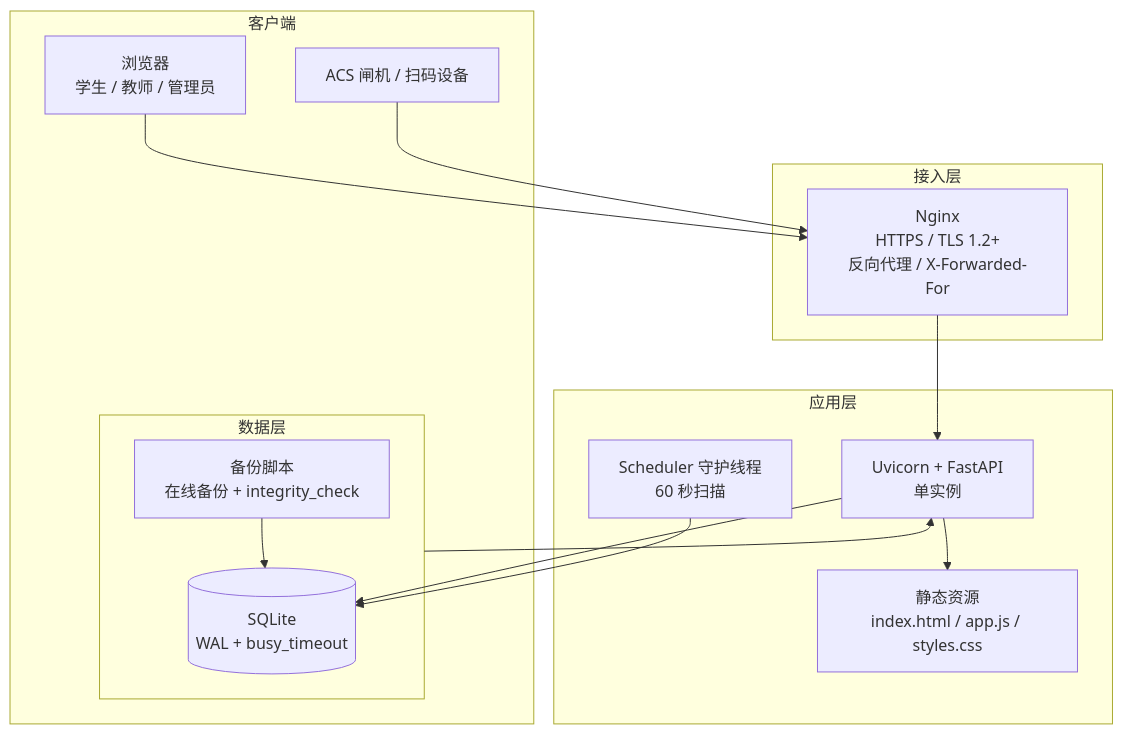
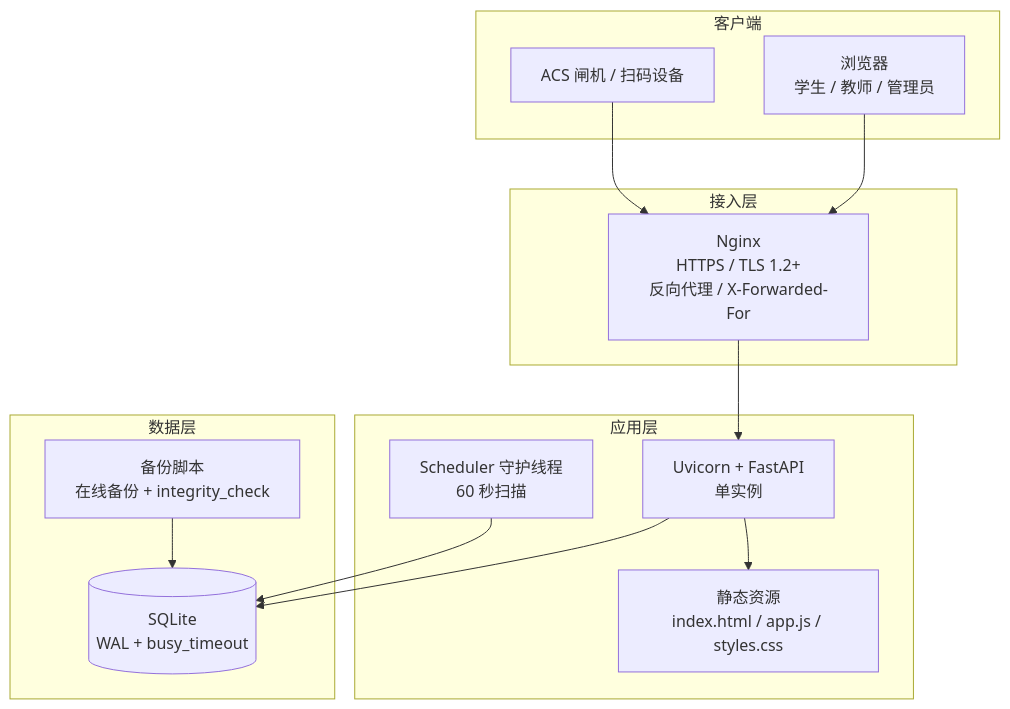
The eighth of 8 diagrams in docs/系统架构设计报告.md (gagachen51/seat_reservations), drawn with Mermaid before and after one commit. The commit also changed other lines of this file and 23 other files, not shown here.

````diff
--- a/docs/系统架构设计报告.md
+++ b/docs/系统架构设计报告.md
@@ -1363,32 +1361,30 @@
 ```mermaid
 flowchart TB
   subgraph C["客户端"]
     B["浏览器<br/>学生 / 教师 / 管理员"]
-    D["桌面客户端<br/>pywebview + WebView2"]
     ACS["ACS 闸机 / 扫码设备"]
   end
 
   subgraph E["接入层"]
     N["Nginx<br/>HTTPS / TLS 1.2+<br/>反向代理 / X-Forwarded-For"]
   end
 
   subgraph S["应用层"]
     U["Uvicorn + FastAPI<br/>单实例"]
     SCH["Scheduler 守护线程<br/>60 秒扫描"]
     APP["静态资源<br/>index.html / app.js / styles.css"]
   end
 
   subgraph D["数据层"]
     DB[("SQLite<br/>WAL + busy_timeout")]
     BK["备份脚本<br/>在线备份 + integrity_check"]
   end
 
   B --> N
   ACS --> N
-  D --> U
   N --> U
   U --> APP
   U --> DB
   SCH --> DB
   BK --> DB
 ```
````
